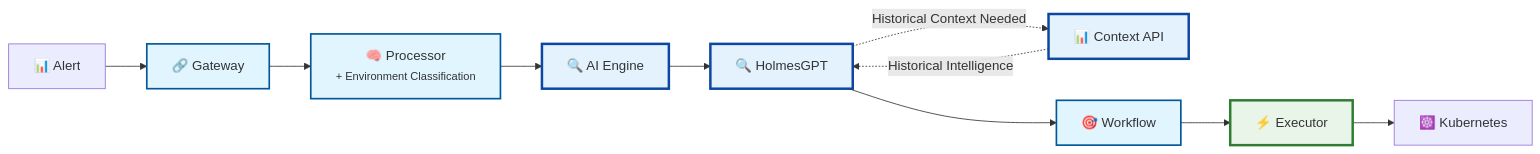
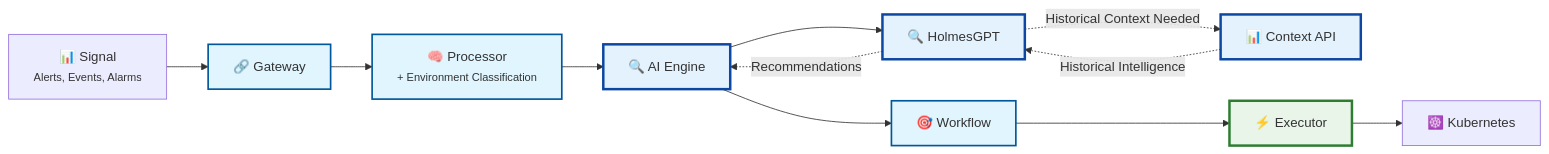
One commit to jordigilh/kubernaut changed the first of 5 diagrams in docs/architecture/KUBERNAUT_ARCHITECTURE_OVERVIEW.md. Above: the diagram before and after it, drawn with Mermaid. The commit also changed other lines of this file and 1 other file, not shown here.

First line of the commit message:
docs: fix critical architecture flow errors and terminology

````diff
--- a/docs/architecture/KUBERNAUT_ARCHITECTURE_OVERVIEW.md
+++ b/docs/architecture/KUBERNAUT_ARCHITECTURE_OVERVIEW.md
@@ -32,20 +32,21 @@
 ```mermaid
 flowchart LR
-    ALERT[📊 Alert] --> GATEWAY[🔗 Gateway]
+    SIGNAL[📊 Signal<br/><small>Alerts, Events, Alarms</small>] --> GATEWAY[🔗 Gateway]
     GATEWAY --> PROCESSOR[🧠 Processor<br/><small>+ Environment Classification</small>]
     PROCESSOR --> AI[🔍 AI Engine]
     AI --> HGP[🔍 HolmesGPT]
     HGP -.->|Historical Context Needed| CTX[📊 Context API]
     CTX -.->|Historical Intelligence| HGP
-    HGP --> WORKFLOW[🎯 Workflow]
+    HGP -.->|Recommendations| AI
+    AI --> WORKFLOW[🎯 Workflow]
     WORKFLOW --> EXECUTOR[⚡ Executor]
     EXECUTOR --> K8S[☸️ Kubernetes]
 
     classDef core fill:#e1f5fe,stroke:#01579b,stroke-width:2px
     classDef investigation fill:#e3f2fd,stroke:#0d47a1,stroke-width:3px
     classDef execution fill:#e8f5e8,stroke:#2e7d32,stroke-width:3px
 
     class GATEWAY,PROCESSOR,WORKFLOW core
     class AI,HGP,CTX investigation
     class EXECUTOR execution
 ```
````
